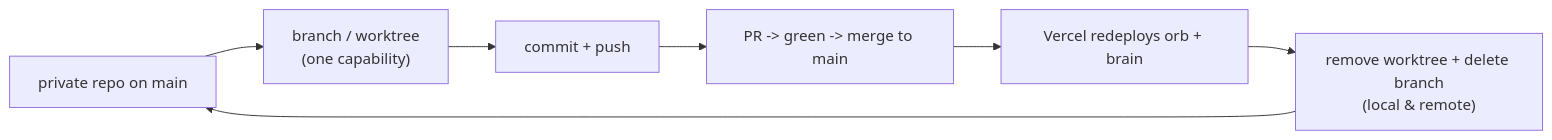
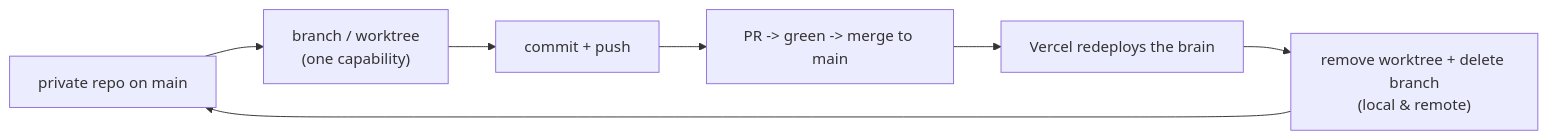
One commit to tfcbot/jarvis-style-agent changed the diagram in docs/devops.md. Above: the diagram before and after it, drawn with Mermaid. The commit also changed other lines of this file and 8 other files, not shown here.

First line of the commit message:
docs: deploy the brain only, run the orb locally; bun; drop mock

````diff
--- a/docs/devops.md
+++ b/docs/devops.md
@@ -99,9 +99,9 @@
 ```mermaid
 flowchart LR
   A["private repo on main"] --> B["branch / worktree<br/>(one capability)"]
   B --> C["commit + push"]
   C --> D["PR -> green -> merge to main"]
-  D --> E["Vercel redeploys orb + brain"]
+  D --> E["Vercel redeploys the brain"]
   E --> F["remove worktree + delete branch<br/>(local & remote)"]
   F --> A
 ```
````
